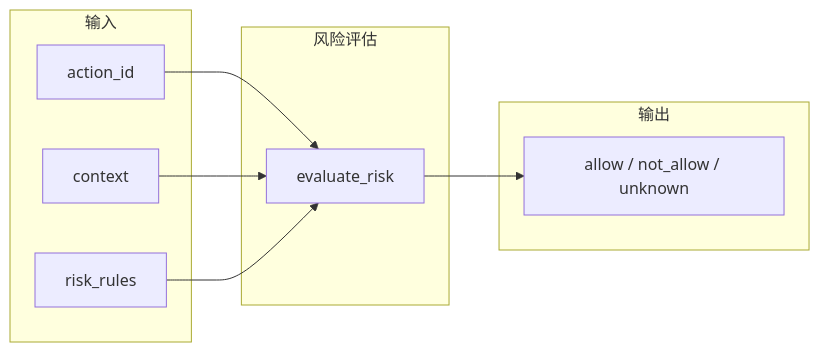
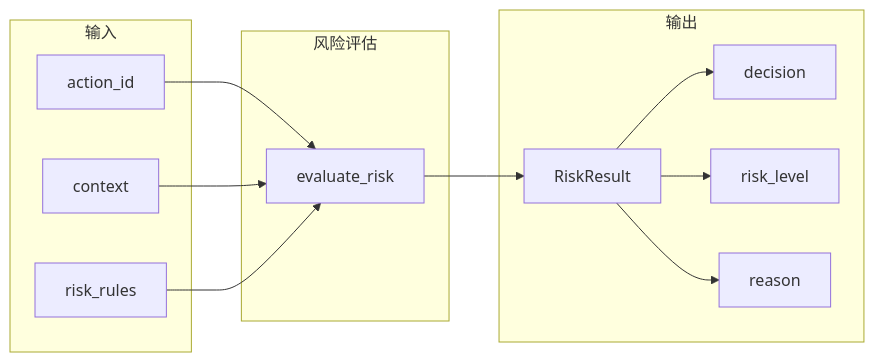
One commit to hhthxt/bkn-specification changed the diagram in examples/risk/risk.md. Above: the diagram before and after it, drawn with Mermaid. The commit also changed other lines of this file and 11 other files, not shown here.

First line of the commit message:
Enhance risk assessment framework with structured RiskResult output

````diff
--- a/examples/risk/risk.md
+++ b/examples/risk/risk.md
@@ -86,18 +89,24 @@
 ```mermaid
 flowchart LR
   subgraph input [输入]
     A[action_id]
     B[context]
     C[risk_rules]
   end
   subgraph eval [风险评估]
     D[evaluate_risk]
   end
   subgraph output [输出]
-    E["allow / not_allow / unknown"]
+    E["RiskResult"]
+    E1["decision"]
+    E2["risk_level"]
+    E3["reason"]
   end
   A --> D
   B --> D
   C --> D
   D --> E
+  E --> E1
+  E --> E2
+  E --> E3
 ```
````
